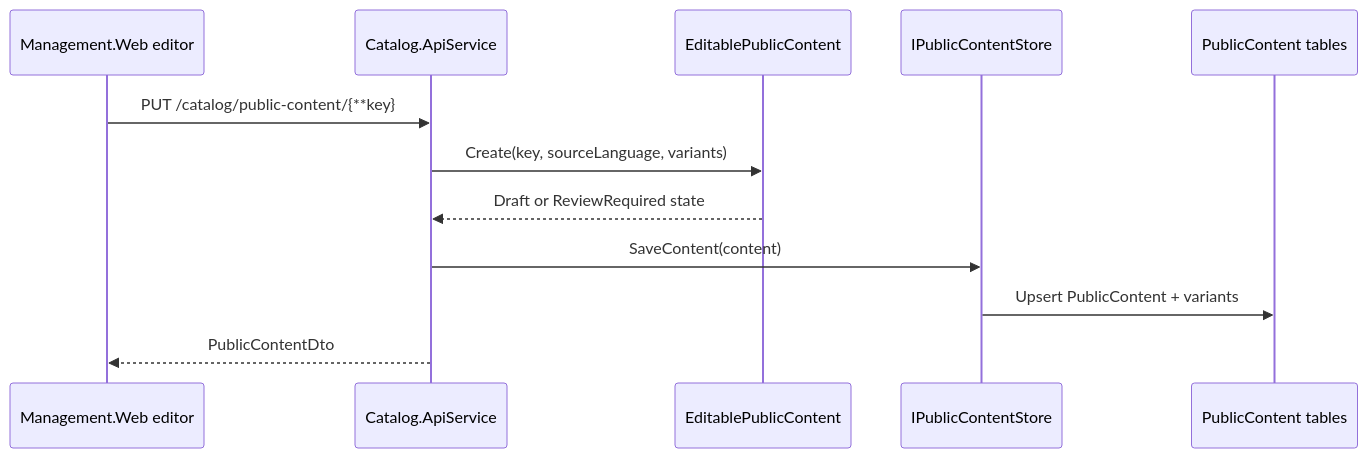
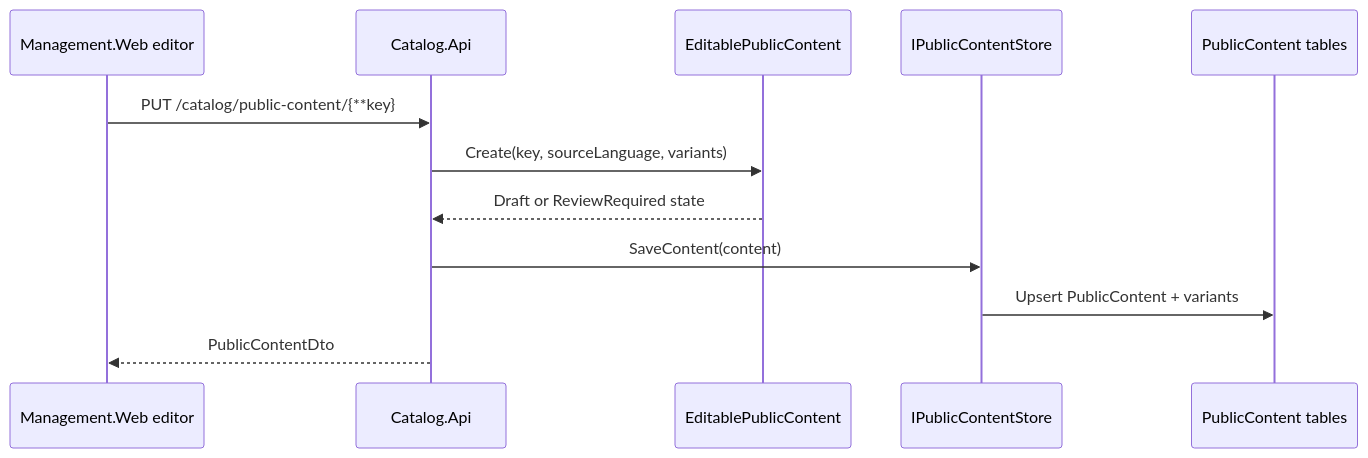
One commit to danigutsch/ViajantesTurismo changed the seventh of 12 diagrams in docs/architecture/FLOWS.md. Above: the diagram before and after it, drawn with Mermaid. The commit also changed other lines of this file and 250 other files, not shown here.

Commit message:
refactor(api): rename Admin and Catalog API projects

````diff
--- a/docs/architecture/FLOWS.md
+++ b/docs/architecture/FLOWS.md
@@ -258,15 +258,15 @@
 ```mermaid
 sequenceDiagram
     participant Editor as Management.Web editor
-    participant API as Catalog.ApiService
+    participant API as Catalog.Api
     participant Content as EditablePublicContent
     participant Store as IPublicContentStore
     participant Db as PublicContent tables
 
     Editor->>API: PUT /catalog/public-content/{**key}
     API->>Content: Create(key, sourceLanguage, variants)
     Content-->>API: Draft or ReviewRequired state
     API->>Store: SaveContent(content)
     Store->>Db: Upsert PublicContent + variants
     API-->>Editor: PublicContentDto
 ```
````
